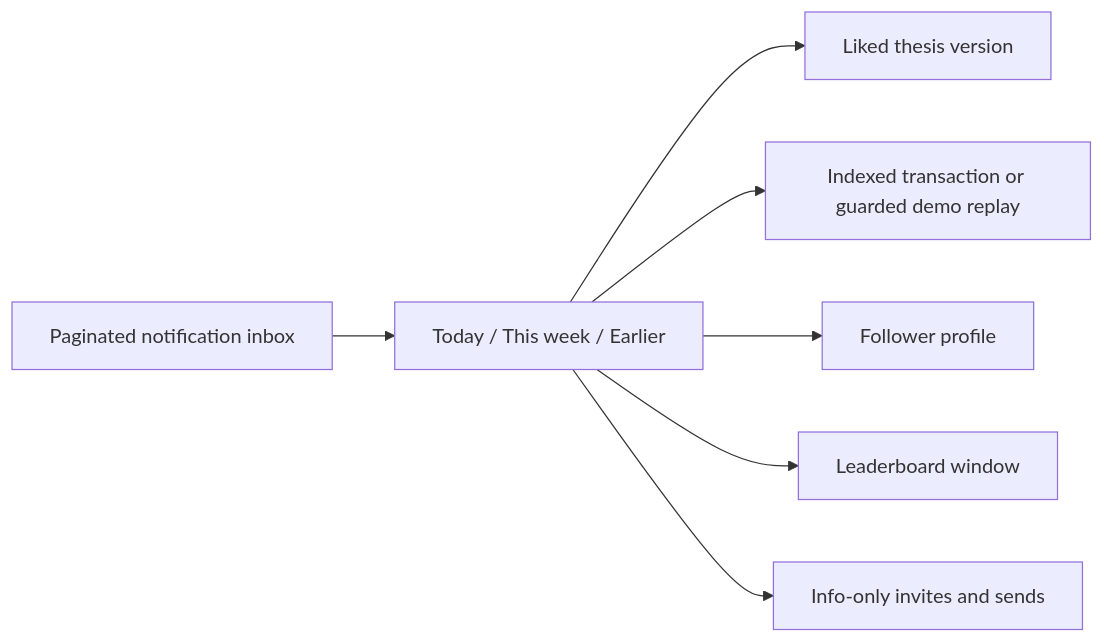
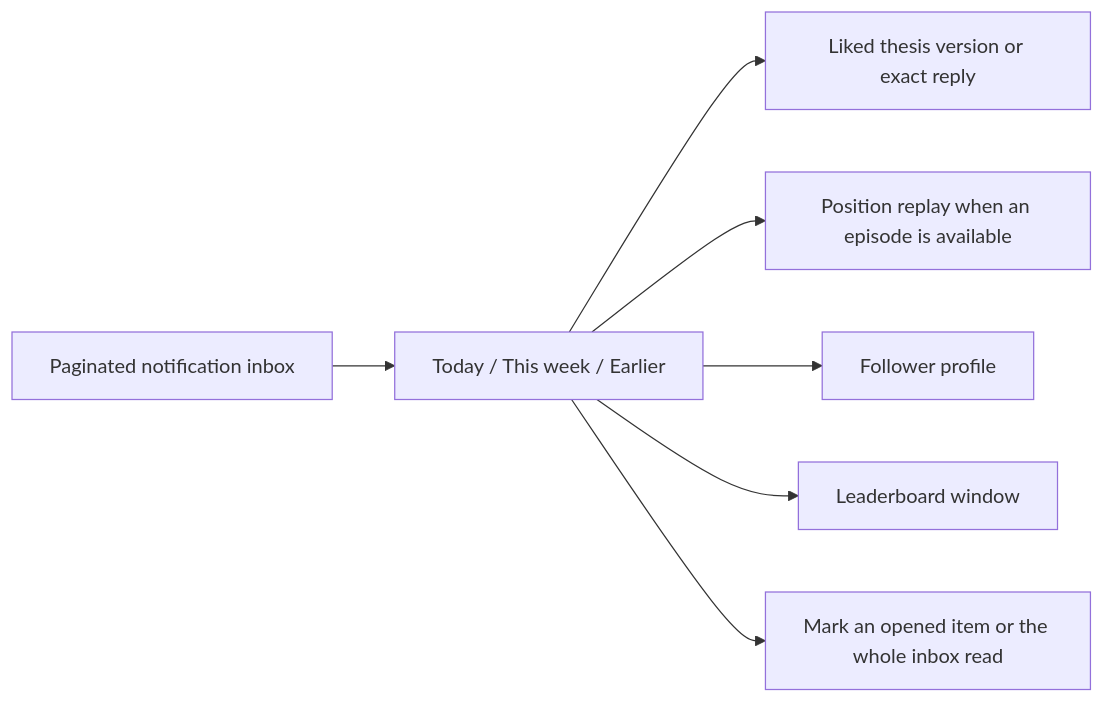
One commit to jog01/agele-web changed the first of 2 diagrams in docs/notifications.md. Above: the diagram before and after it, drawn with Mermaid. The commit also changed other lines of this file and 3 other files, not shown here.

````diff
--- a/docs/notifications.md
+++ b/docs/notifications.md
@@ -8,9 +8,9 @@
 ```mermaid
 flowchart LR
   API["Paginated notification inbox"] --> Timeline["Today / This week / Earlier"]
-  Timeline --> Thesis["Liked thesis version"]
-  Timeline --> Trade["Indexed transaction or guarded demo replay"]
+  Timeline --> Thesis["Liked thesis version or exact reply"]
+  Timeline --> Trade["Position replay when an episode is available"]
   Timeline --> Profile["Follower profile"]
   Timeline --> Leaderboard["Leaderboard window"]
-  Timeline --> Display["Info-only invites and sends"]
+  Timeline --> Read["Mark an opened item or the whole inbox read"]
 ```
````
